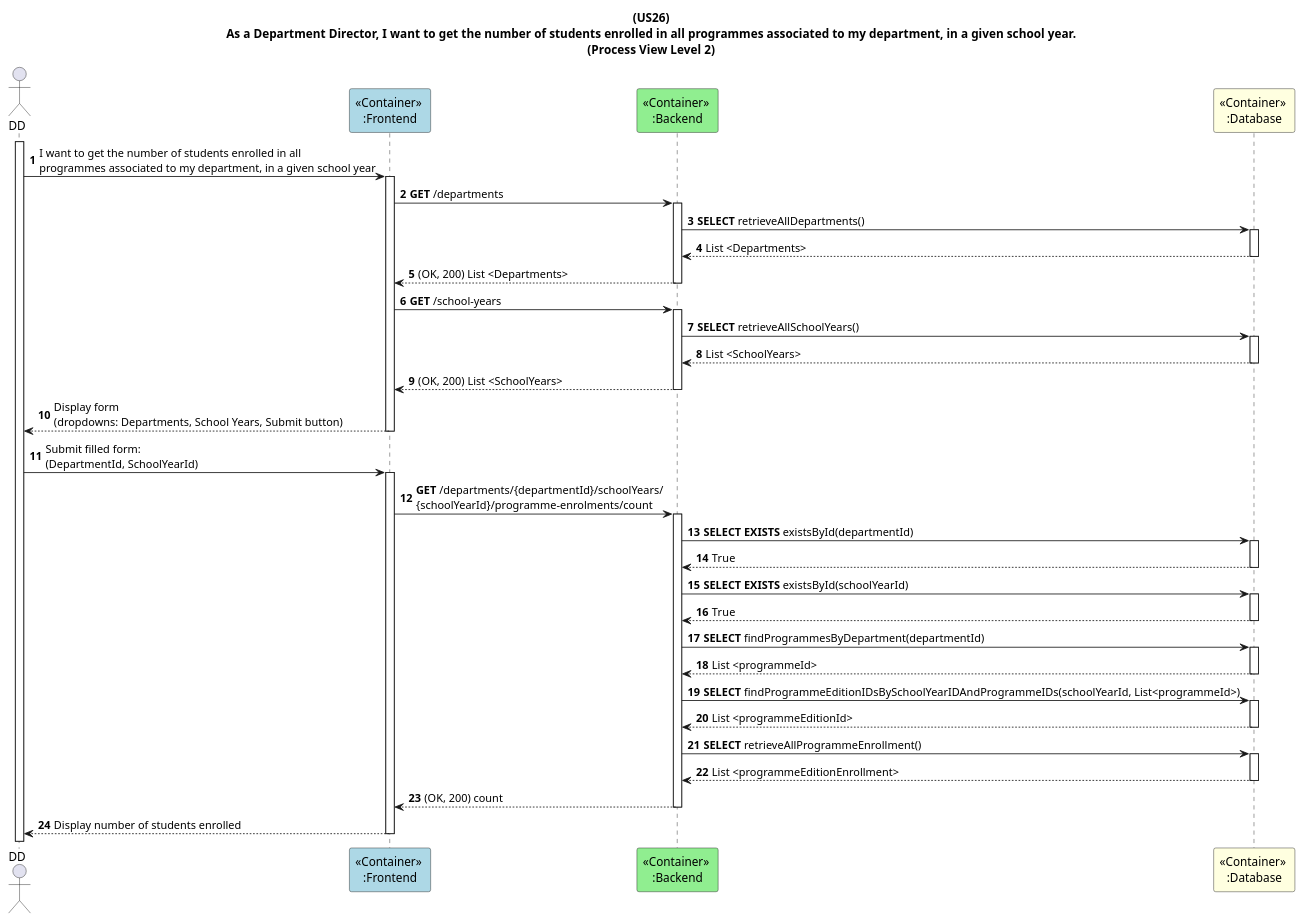
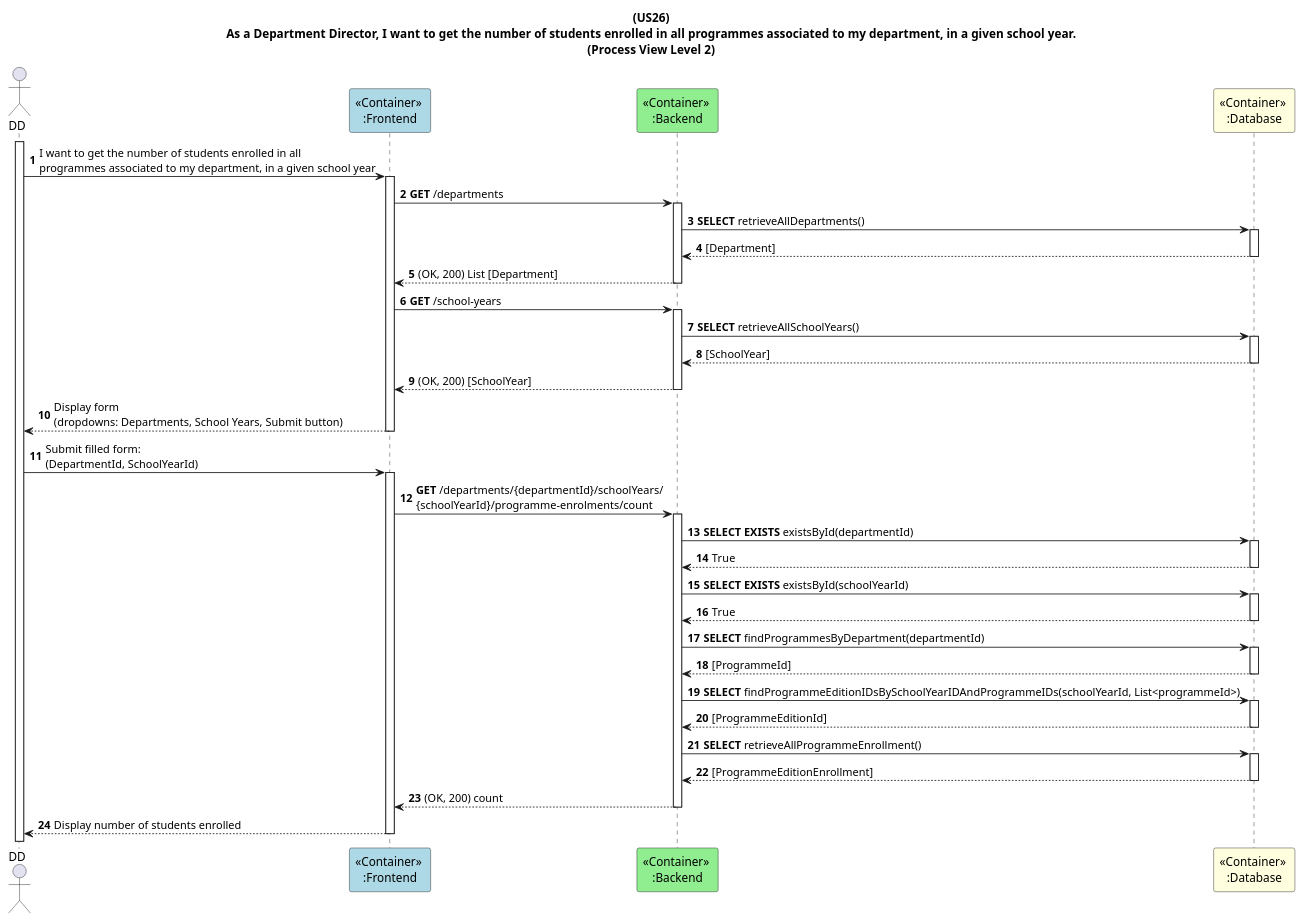
One commit to GasparISEP/DevOps-PAI changed the diagram in docs/US26/Sprint6_RestAPI/ProcessView/Level2ContainerContext.puml. Above: the diagram before and after it, drawn with PlantUML.

Commit message:
docs: update Level 2 process view with minor adjustments. Refs #687

```diff
--- a/docs/US26/Sprint6_RestAPI/ProcessView/Level2ContainerContext.puml
+++ b/docs/US26/Sprint6_RestAPI/ProcessView/Level2ContainerContext.puml
@@ -1,40 +1,36 @@
 @startuml
 title: (US26)\nAs a Department Director, I want to get the number of students enrolled in all programmes associated to my department, in a given school year.\n(Process View Level 2)
 
 actor DD
 participant "<<Container>> \n:Frontend" as FE #lightblue
 participant "<<Container>> \n:Backend" as BE #lightgreen
 participant "<<Container>> \n:Database" as DB #lightyellow
 
 autonumber
 
 activate DD
 DD -> FE++: I want to get the number of students enrolled in all\nprogrammes associated to my department, in a given school year
 FE -> BE++: **GET** /departments
 BE -> DB++: **SELECT** retrieveAllDepartments()
-DB --> BE--: List <Departments>
-BE --> FE--: (OK, 200) List <Departments>
+DB --> BE--: [Department]
+BE --> FE--: (OK, 200) List [Department]
 FE -> BE++: **GET** /school-years
 BE -> DB++: **SELECT** retrieveAllSchoolYears()
-DB --> BE--: List <SchoolYears>
-BE --> FE--: (OK, 200) List <SchoolYears>
+DB --> BE--: [SchoolYear]
+BE --> FE--: (OK, 200) [SchoolYear]
 FE --> DD--: Display form\n(dropdowns: Departments, School Years, Submit button)
 DD -> FE++: Submit filled form:\n(DepartmentId, SchoolYearId)
 FE -> BE++: **GET** /departments/{departmentId}/schoolYears/\n{schoolYearId}/programme-enrolments/count
 BE -> DB++: **SELECT EXISTS** existsById(departmentId)
 DB --> BE--: True
 BE -> DB++: **SELECT EXISTS** existsById(schoolYearId)
 DB --> BE--: True
 BE -> DB++: **SELECT** findProgrammesByDepartment(departmentId)
-DB --> BE--: List <programmeId>
+DB --> BE--: [ProgrammeId]
 BE -> DB++: **SELECT** findProgrammeEditionIDsBySchoolYearIDAndProgrammeIDs(schoolYearId, List<programmeId>)
-DB --> BE--: List <programmeEditionId>
+DB --> BE--: [ProgrammeEditionId]
 BE -> DB++: **SELECT** retrieveAllProgrammeEnrollment()
-DB --> BE--: List <programmeEditionEnrollment>
-'note right of BE
-'Filter enrolments in-memory\nwhere editionId ∈ programmeEditionIDs
-'and count them
-'end note
+DB --> BE--: [ProgrammeEditionEnrollment]
 BE --> FE--: (OK, 200) count
 FE --> DD--: Display number of students enrolled
 @enduml
```
